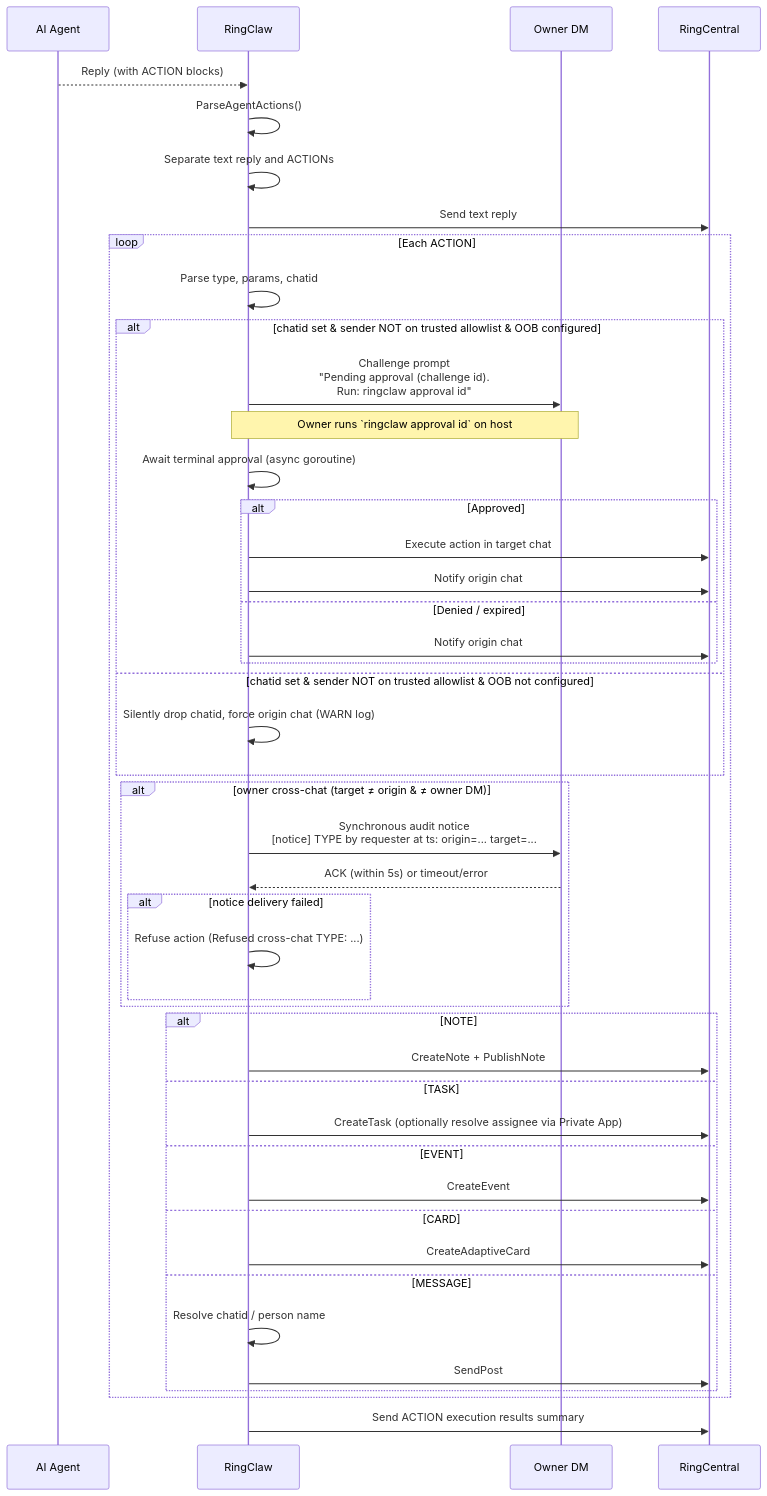
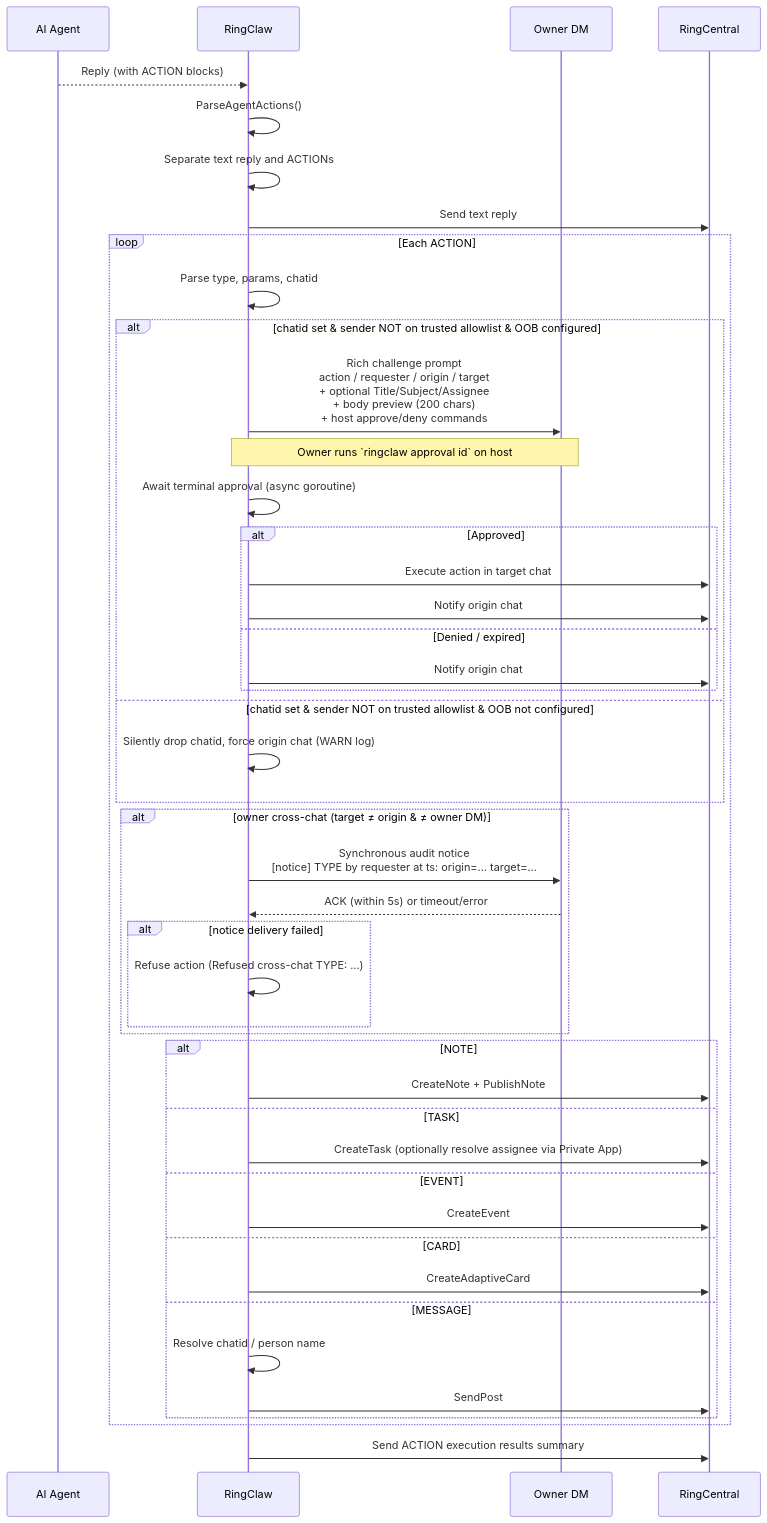
One commit to ringclaw/ringclaw changed the diagram in docs/features/actions.md. Above: the diagram before and after it, drawn with Mermaid. The commit also changed other lines of this file and 7 other files, not shown here.

First line of the commit message:
docs(security): authorize-mention OOB flow + chat_user_allow + richer prompts

````diff
--- a/docs/features/actions.md
+++ b/docs/features/actions.md
@@ -13,48 +13,48 @@
 ```mermaid
 sequenceDiagram
     participant AI as AI Agent
     participant R as RingClaw
     participant O as Owner DM
     participant RC as RingCentral
 
     AI-->>R: Reply (with ACTION blocks)
     R->>R: ParseAgentActions()
     R->>R: Separate text reply and ACTIONs
     R->>RC: Send text reply
     loop Each ACTION
         R->>R: Parse type, params, chatid
         alt chatid set & sender NOT on trusted allowlist & OOB configured
-            R->>O: Challenge prompt<br/>"Pending approval (challenge id).<br/>Run: ringclaw approval id"
+            R->>O: Rich challenge prompt<br/>action / requester / origin / target<br/>+ optional Title/Subject/Assignee<br/>+ body preview (200 chars)<br/>+ host approve/deny commands
             Note over O,R: Owner runs `ringclaw approval id` on host
             R->>R: Await terminal approval (async goroutine)
             alt Approved
                 R->>RC: Execute action in target chat
                 R->>RC: Notify origin chat
             else Denied / expired
                 R->>RC: Notify origin chat
             end
         else chatid set & sender NOT on trusted allowlist & OOB not configured
             R->>R: Silently drop chatid, force origin chat (WARN log)
         end
         alt owner cross-chat (target ≠ origin & ≠ owner DM)
             R->>O: Synchronous audit notice<br/>[notice] TYPE by requester at ts: origin=... target=...
             O-->>R: ACK (within 5s) or timeout/error
             alt notice delivery failed
                 R->>R: Refuse action (Refused cross-chat TYPE: ...)
             end
         end
         alt NOTE
             R->>RC: CreateNote + PublishNote
         else TASK
             R->>RC: CreateTask (optionally resolve assignee via Private App)
         else EVENT
             R->>RC: CreateEvent
         else CARD
             R->>RC: CreateAdaptiveCard
         else MESSAGE
             R->>R: Resolve chatid / person name
             R->>RC: SendPost
         end
     end
     R->>RC: Send ACTION execution results summary
 ```
````
